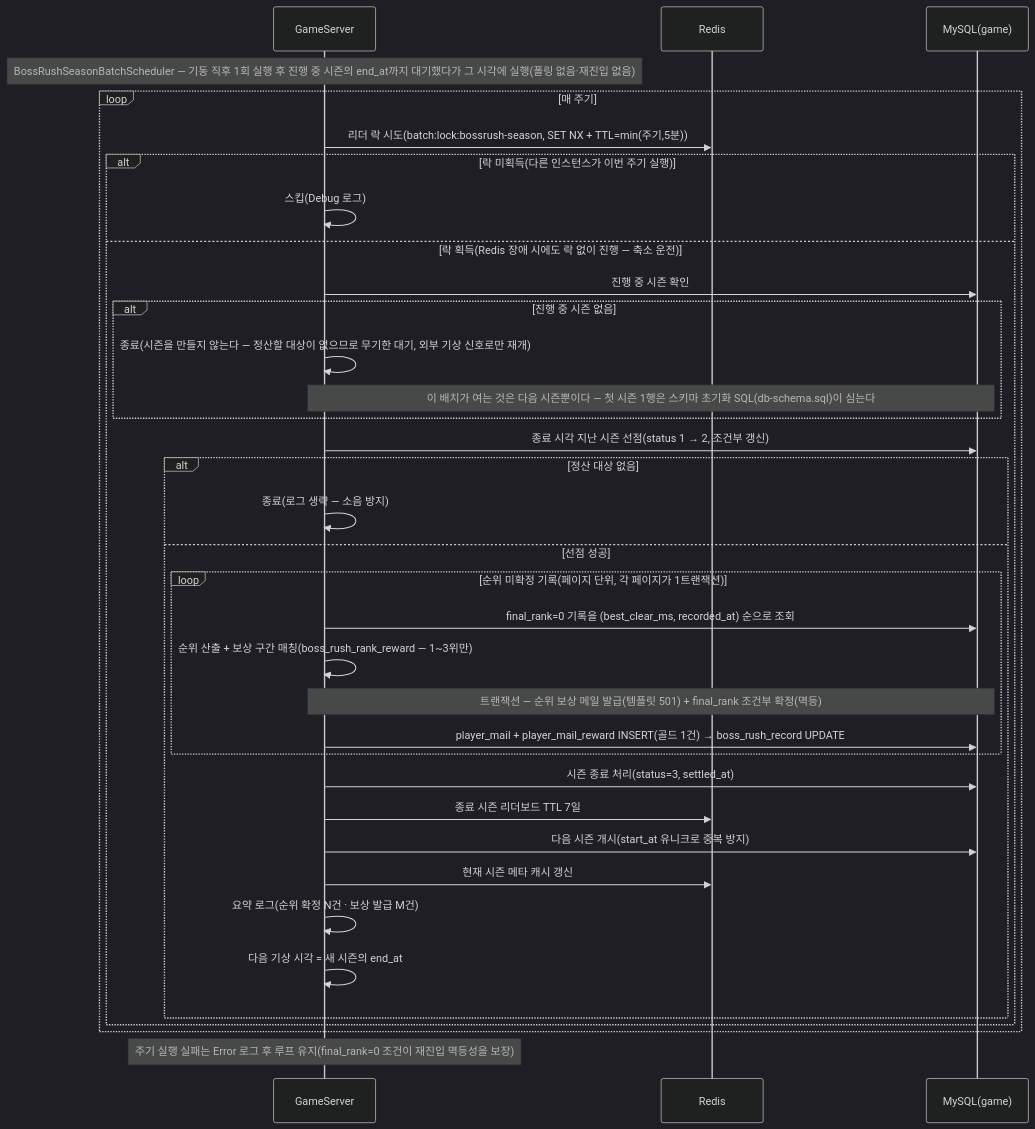
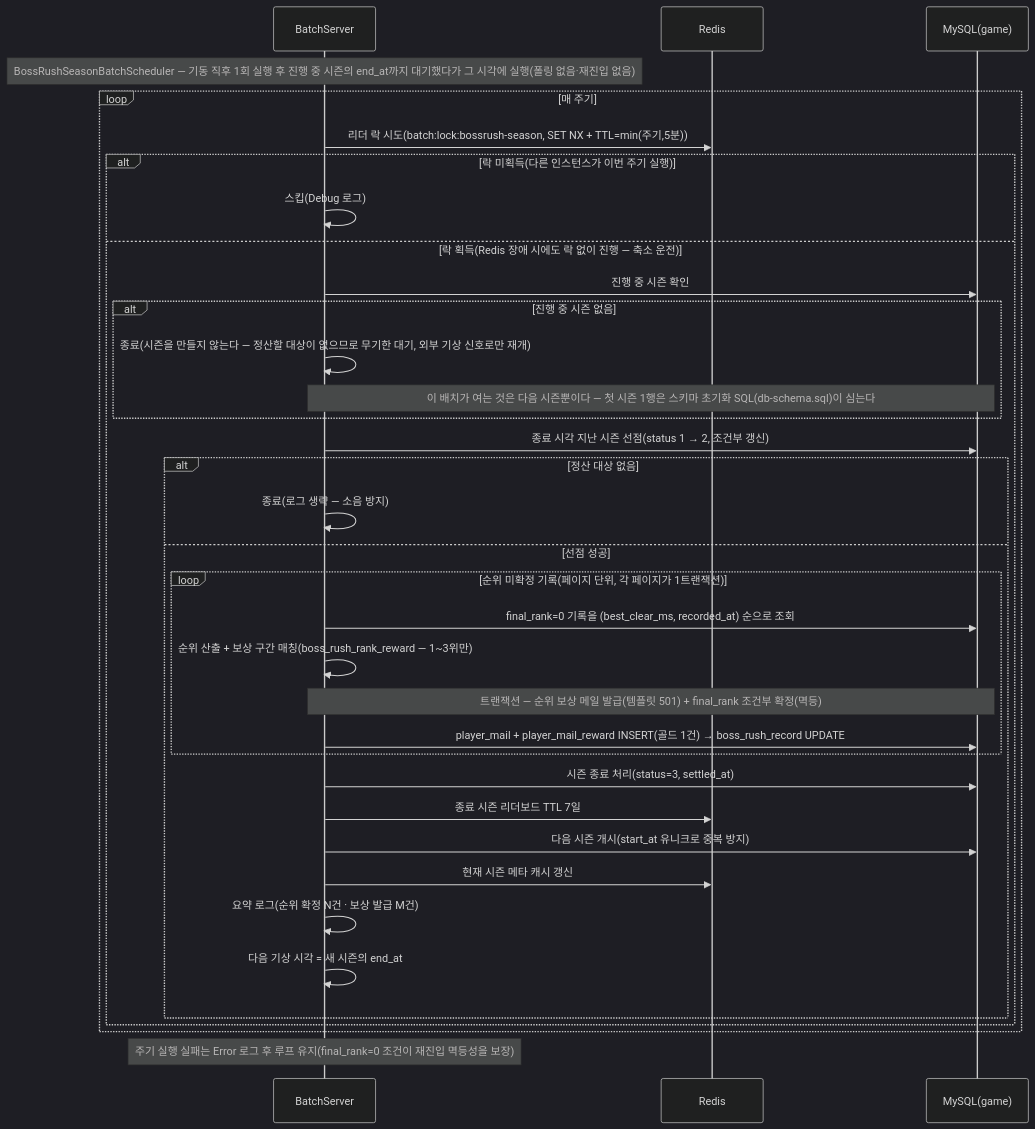
Diagram 48 of 48 in SequenceDiagram/README.md (ks-wook/com2us-taskbar-hero), drawn with Mermaid (dark theme) before and after one commit. The commit also changed other lines of this file and 98 other files, not shown here.

````diff
--- a/SequenceDiagram/README.md
+++ b/SequenceDiagram/README.md
@@ -1595,38 +1596,38 @@
 ```mermaid
 sequenceDiagram
-    participant S as GameServer
+    participant S as BatchServer
     participant R as Redis
     participant DB as MySQL(game)
 
     Note over S: BossRushSeasonBatchScheduler — 기동 직후 1회 실행 후 진행 중 시즌의 end_at까지 대기했다가 그 시각에 실행(폴링 없음·재진입 없음)
     loop 매 주기
         S->>R: 리더 락 시도(batch:lock:bossrush-season, SET NX + TTL=min(주기,5분))
         alt 락 미획득(다른 인스턴스가 이번 주기 실행)
             S->>S: 스킵(Debug 로그)
         else 락 획득(Redis 장애 시에도 락 없이 진행 — 축소 운전)
             S->>DB: 진행 중 시즌 확인
             alt 진행 중 시즌 없음
                 S->>S: 종료(시즌을 만들지 않는다 — 정산할 대상이 없으므로 무기한 대기, 외부 기상 신호로만 재개)
                 Note over S,DB: 이 배치가 여는 것은 다음 시즌뿐이다 — 첫 시즌 1행은 스키마 초기화 SQL(db-schema.sql)이 심는다
             end
             S->>DB: 종료 시각 지난 시즌 선점(status 1 → 2, 조건부 갱신)
             alt 정산 대상 없음
                 S->>S: 종료(로그 생략 — 소음 방지)
             else 선점 성공
                 loop 순위 미확정 기록(페이지 단위, 각 페이지가 1트랜잭션)
                     S->>DB: final_rank=0 기록을 (best_clear_ms, recorded_at) 순으로 조회
                     S->>S: 순위 산출 + 보상 구간 매칭(boss_rush_rank_reward — 1~3위만)
                     Note over S,DB: 트랜잭션 — 순위 보상 메일 발급(템플릿 501) + final_rank 조건부 확정(멱등)
                     S->>DB: player_mail + player_mail_reward INSERT(골드 1건) → boss_rush_record UPDATE
                 end
                 S->>DB: 시즌 종료 처리(status=3, settled_at)
                 S->>R: 종료 시즌 리더보드 TTL 7일
                 S->>DB: 다음 시즌 개시(start_at 유니크로 중복 방지)
                 S->>R: 현재 시즌 메타 캐시 갱신
                 S->>S: 요약 로그(순위 확정 N건 · 보상 발급 M건)
                 S->>S: 다음 기상 시각 = 새 시즌의 end_at
             end
         end
     end
     Note over S: 주기 실행 실패는 Error 로그 후 루프 유지(final_rank=0 조건이 재진입 멱등성을 보장)
 ```
````
